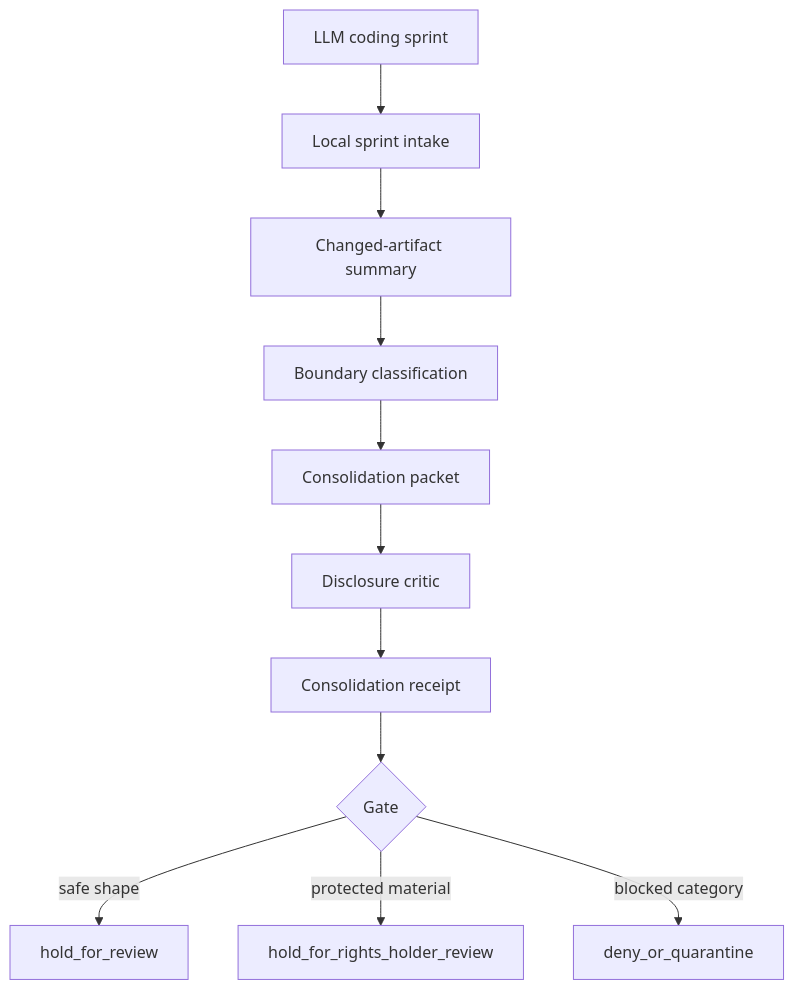
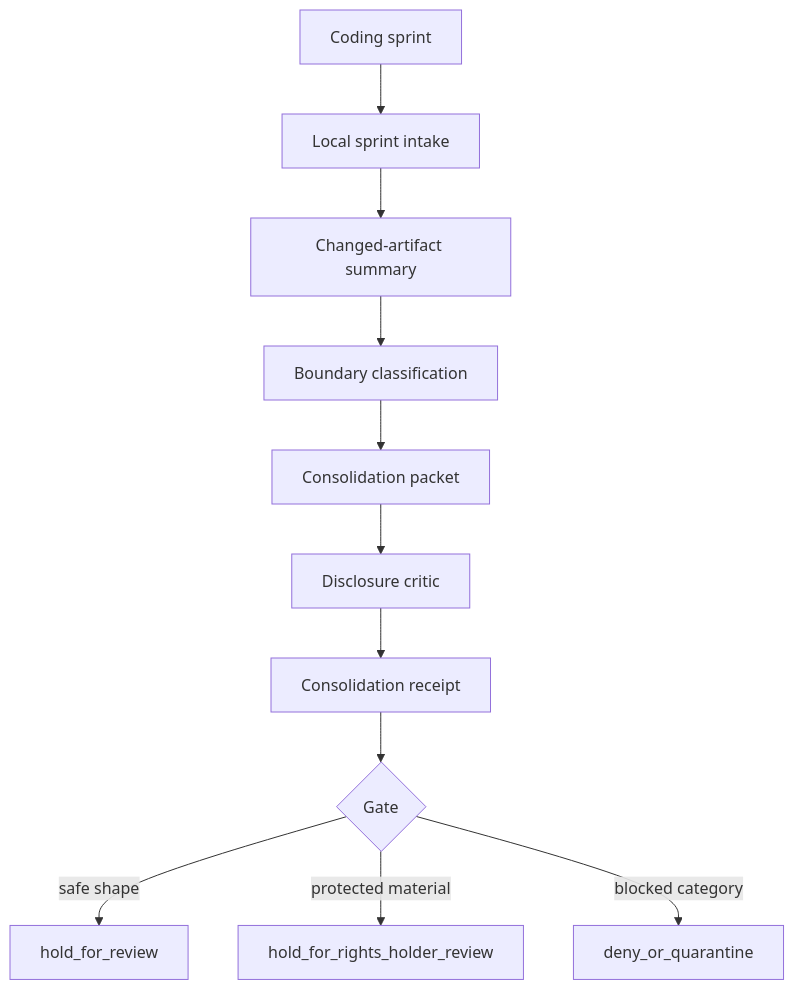
One commit to tessellariumlabs/ontologica_os changed the diagram in docs/pipeline-connector-scope.md. Above: the diagram before and after it, drawn with Mermaid. The commit also changed other lines of this file, not shown here.

````diff
--- a/docs/pipeline-connector-scope.md
+++ b/docs/pipeline-connector-scope.md
@@ -59,13 +59,13 @@
 ```mermaid
 flowchart TD
-    A[LLM coding sprint] --> B[Local sprint intake]
+    A[Coding sprint] --> B[Local sprint intake]
     B --> C[Changed-artifact summary]
     C --> D[Boundary classification]
     D --> E[Consolidation packet]
     E --> F[Disclosure critic]
     F --> G[Consolidation receipt]
     G --> H{Gate}
     H -- safe shape --> I[hold_for_review]
     H -- protected material --> J[hold_for_rights_holder_review]
     H -- blocked category --> K[deny_or_quarantine]
 ```
````
